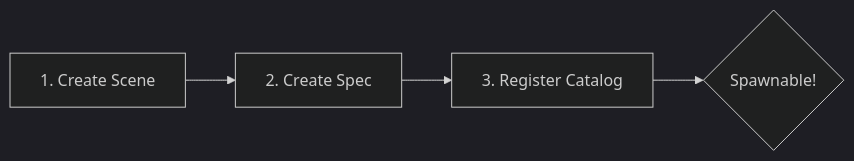
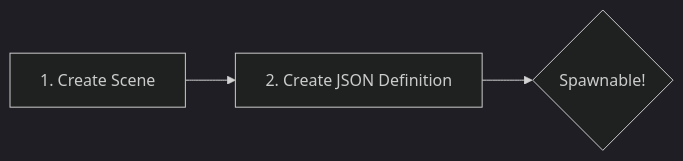
Before and after one commit to OpenAcre-Project/OpenAcre: the diagram in docs/systems/vehicles.md, drawn with Mermaid (dark theme). The commit also changed other lines of this file and 82 other files, not shown here.

````diff
--- a/docs/systems/vehicles.md
+++ b/docs/systems/vehicles.md
@@ -14,6 +14,5 @@
 ```mermaid
 graph LR
-    A[1. Create Scene] --> B[2. Create Spec]
-    B --> C[3. Register Catalog]
-    C --> D{Spawnable!}
+    A[1. Create Scene] --> B[2. Create JSON Definition]
+    B --> C{Spawnable!}
 ```
````
